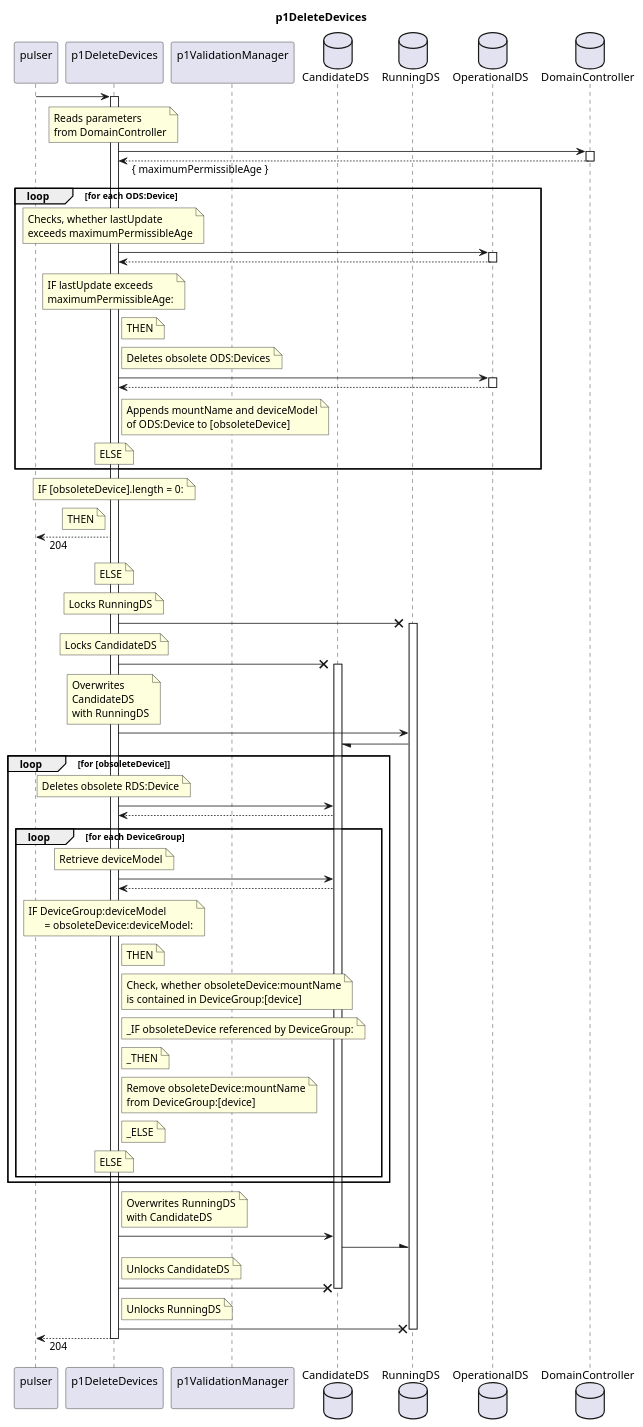
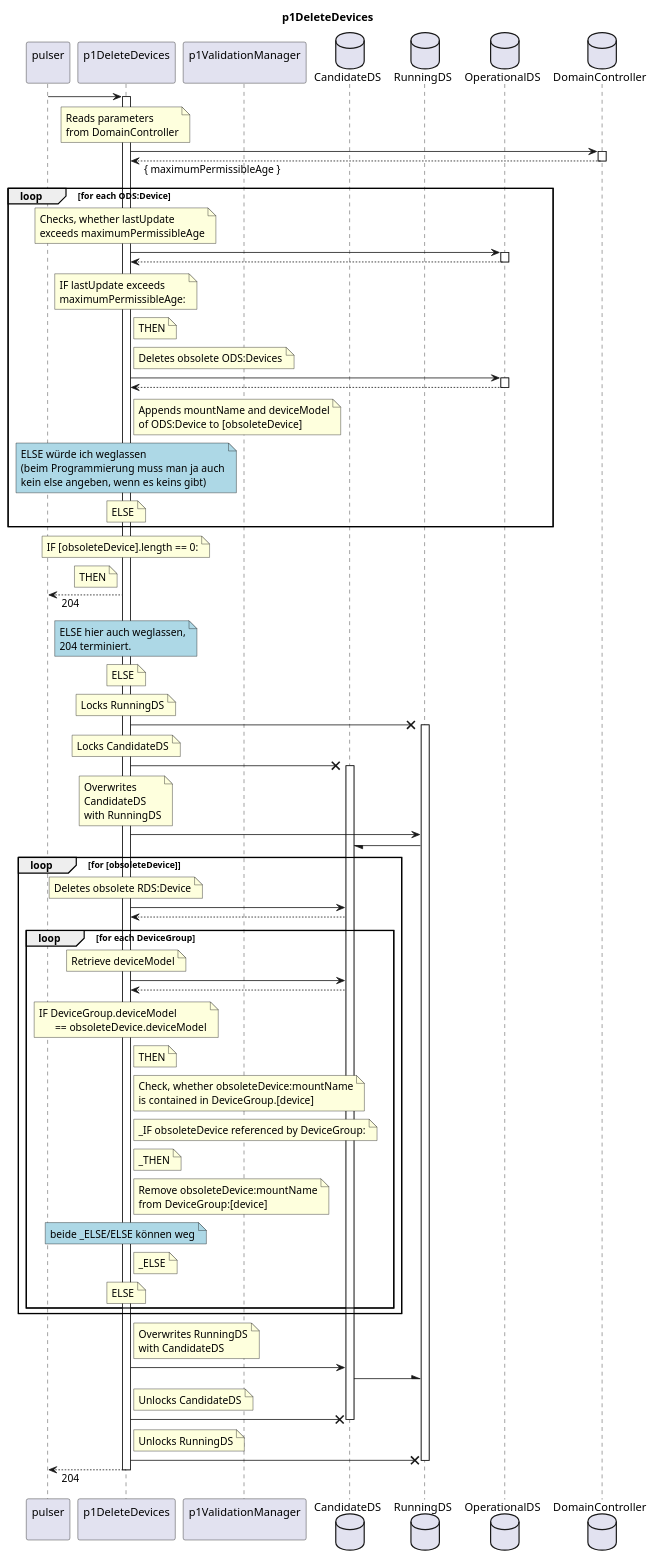
The diagram in spec/Functions/Interpretation/p1DeleteDevices/1.0.0/p1DeleteDevices.plantuml (openBackhaul/FirmWareManager), drawn with PlantUML before and after one commit. The commit also changed 7 other files, not shown here.

```diff
--- a/spec/Functions/Interpretation/p1DeleteDevices/1.0.0/p1DeleteDevices.plantuml
+++ b/spec/Functions/Interpretation/p1DeleteDevices/1.0.0/p1DeleteDevices.plantuml
@@ -1,159 +1,173 @@
 @startuml p1DeleteDevices
 skinparam responseMessageBelowArrow true
 
 title
   p1DeleteDevices
 end title
 
 participant "pulser\n" as pulser
 participant "p1DeleteDevices\n" as cur
 participant "p1ValidationManager\n" as valiMan
 database "CandidateDS" as CanDS
 database "RunningDS" as RunDS
 database "OperationalDS" as OpDS
 database "DomainController" as DC
 
 pulser -> cur
 activate cur
 
   ' Get retention period settings
   note over cur
     Reads parameters
     from DomainController
   end note
     cur -> DC
     activate DC
     cur <-- DC: { maximumPermissibleAge }
     deactivate DC
 
   ' Iterate over ODS devices to check for obsolescence
   loop for each ODS:Device
     note over cur
       Checks, whether lastUpdate
       exceeds maximumPermissibleAge
     end note
     cur -> OpDS
     activate OpDS
     cur <-- OpDS
     deactivate OpDS
     note over cur
       IF lastUpdate exceeds
       maximumPermissibleAge:
     end note
     note right cur
       THEN
     end note
     note right cur
       Deletes obsolete ODS:Devices
     end note
     cur -> OpDS
     activate OpDS
     cur <-- OpDS
     deactivate OpDS
 
     note right cur
       Appends mountName and deviceModel
       of ODS:Device to [obsoleteDevice]
     end note
+
+    note over cur #lightBlue
+      ELSE würde ich weglassen
+      (beim Programmierung muss man ja auch
+      kein else angeben, wenn es keins gibt)
+    end note
     note over cur
       ELSE
     end note
   end loop
 
   ' If nothing to delete: finished
   note over cur
-    IF [obsoleteDevice].length = 0:
+    IF [obsoleteDevice].length == 0:
   end note
   note left cur
     THEN
   end note
   pulser <-- cur: 204
+  note over cur #lightBlue
+      ELSE hier auch weglassen,
+      204 terminiert.
+  end note
   note over cur
     ELSE
   end note  
 
   ' Else copy RDS to CDS
   note over cur
     Locks RunningDS
   end note
   cur -X RunDS
   activate RunDS
   note over cur
     Locks CandidateDS
   end note
   cur -X CanDS
   activate CanDS
   note over cur
     Overwrites
     CandidateDS
     with RunningDS
   end note
   cur -> RunDS
   RunDS -/ CanDS
 
   ' Delete obsolete devices from CDS
   loop for [obsoleteDevice]
     note over cur
       Deletes obsolete RDS:Device
     end note
     cur -> CanDS
     cur <-- CanDS
 
     loop for each DeviceGroup
       note over cur
         Retrieve deviceModel
       end note
       cur -> CanDS
       cur <-- CanDS
       note over cur
-        IF DeviceGroup:deviceModel 
-              = obsoleteDevice:deviceModel:
+        IF DeviceGroup.deviceModel 
+              == obsoleteDevice.deviceModel
       end note
       note right cur
         THEN
       end note
       note right cur
         Check, whether obsoleteDevice:mountName
-        is contained in DeviceGroup:[device]
+        is contained in DeviceGroup.[device]
       end note
       note right cur
         _IF obsoleteDevice referenced by DeviceGroup:
       end note
       note right cur
         _THEN
       end note
       note right cur
         Remove obsoleteDevice:mountName
         from DeviceGroup:[device]
+      end note
+
+      note over cur #lightBlue
+        beide _ELSE/ELSE können weg
       end note
       note right cur
         _ELSE
       end note
       note over cur
         ELSE
       end note
     end loop
   end loop
 
   ' Write updated CDS back to RDS
   note right cur
     Overwrites RunningDS
     with CandidateDS
   end note
   cur -> CanDS
   CanDS -\ RunDS
   note right cur
     Unlocks CandidateDS
   end note
   cur -X CanDS
   deactivate CanDS
   note right cur
     Unlocks RunningDS
   end note
   cur -X RunDS
   deactivate RunDS
 
 pulser <-- cur: 204
 deactivate cur
 
 @enduml
```
